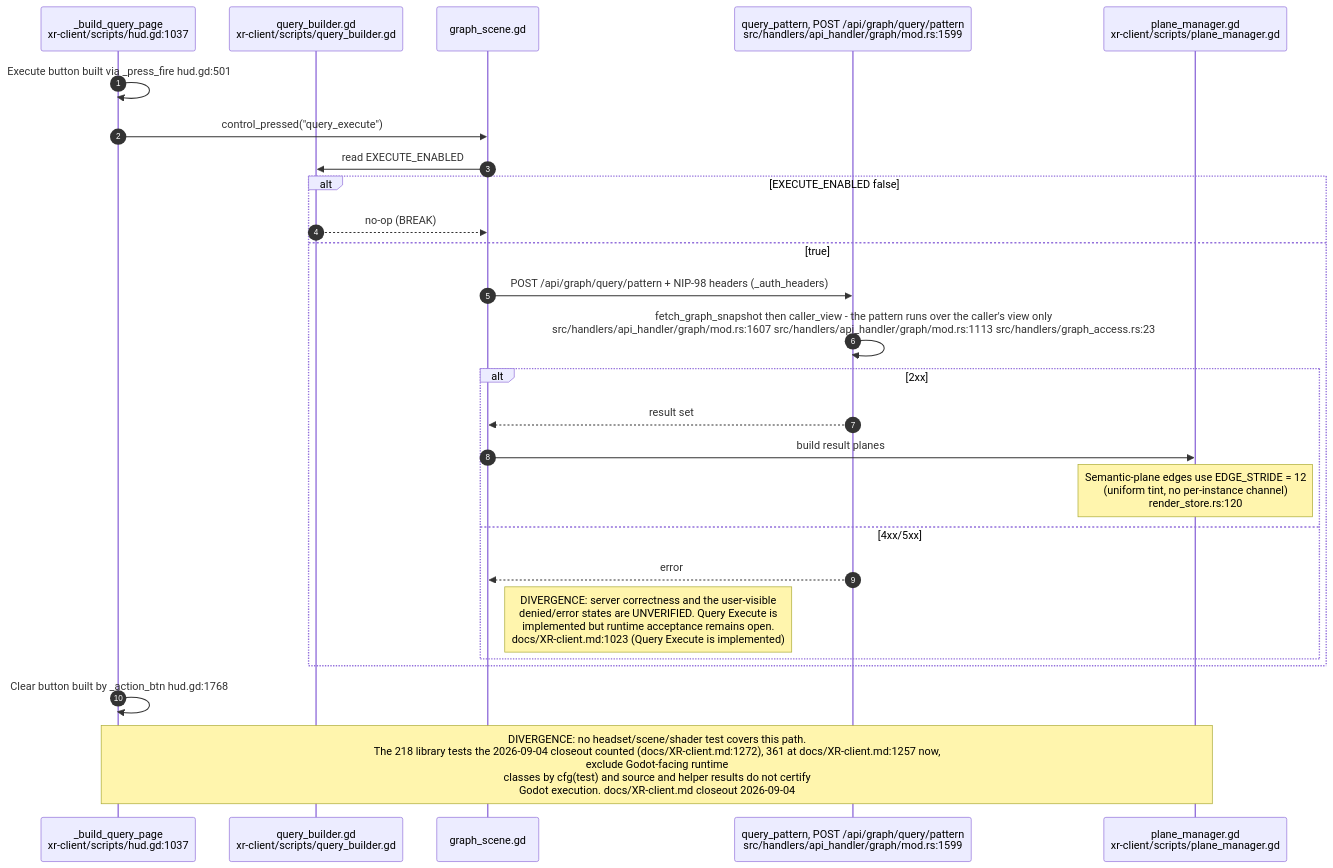
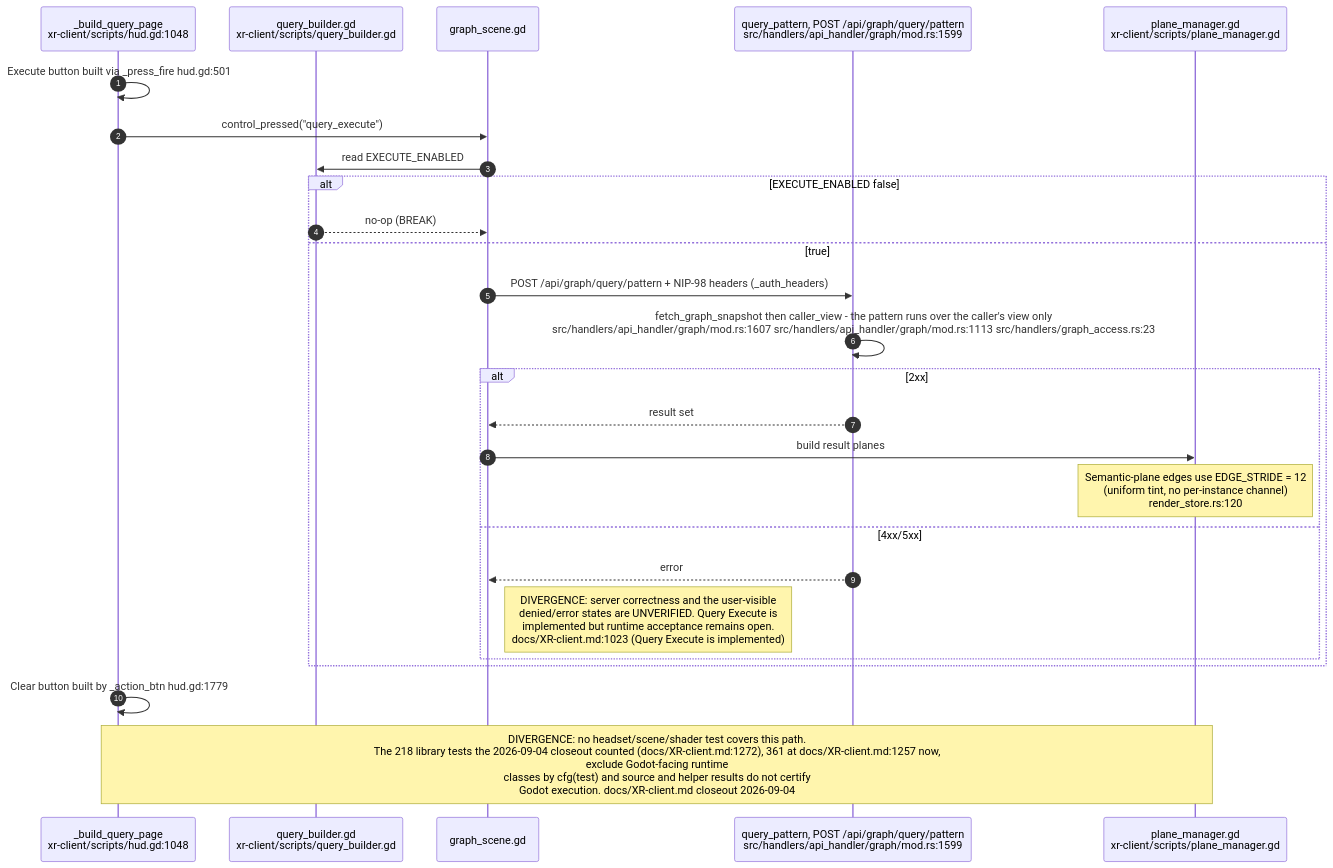
Diagram 17 of 30 in docs/diagrams/visionclaw/36-godot-xr-client.md (DreamLab-AI/VisionFlow), drawn with Mermaid before and after one commit. The commit also changed other lines of this file and 49 other files, not shown here.

First line of the commit message:
docs(diagrams): re-derive and re-stamp VisionClaw, estate, knowledge-graph, visionGraph, VisionFlow and sidestr topics

````diff
--- a/docs/diagrams/visionclaw/36-godot-xr-client.md
+++ b/docs/diagrams/visionclaw/36-godot-xr-client.md
@@ -945,29 +945,29 @@
 ```mermaid
 sequenceDiagram
     autonumber
-    participant HD as _build_query_page<br/>xr-client/scripts/hud.gd:1037
+    participant HD as _build_query_page<br/>xr-client/scripts/hud.gd:1048
     participant QB as query_builder.gd<br/>xr-client/scripts/query_builder.gd
     participant GS as graph_scene.gd
     participant SV as query_pattern, POST /api/graph/query/pattern<br/>src/handlers/api_handler/graph/mod.rs:1599
     participant PM as plane_manager.gd<br/>xr-client/scripts/plane_manager.gd
 
     HD->>HD: Execute button built via _press_fire hud.gd:501
     HD->>GS: control_pressed("query_execute")
     GS->>QB: read EXECUTE_ENABLED
     alt EXECUTE_ENABLED false
         QB-->>GS: no-op (BREAK)
     else true
         GS->>SV: POST /api/graph/query/pattern + NIP-98 headers (_auth_headers)
         SV->>SV: fetch_graph_snapshot then caller_view - the pattern runs over the caller's view only<br/>src/handlers/api_handler/graph/mod.rs:1607 src/handlers/api_handler/graph/mod.rs:1113 src/handlers/graph_access.rs:23
         alt 2xx
             SV-->>GS: result set
             GS->>PM: build result planes
             Note over PM: Semantic-plane edges use EDGE_STRIDE = 12<br/>(uniform tint, no per-instance channel)<br/>render_store.rs:120
         else 4xx/5xx
             SV-->>GS: error
             Note right of GS: DIVERGENCE: server correctness and the user-visible<br/>denied/error states are UNVERIFIED. Query Execute is<br/>implemented but runtime acceptance remains open.<br/>docs/XR-client.md:1023 (Query Execute is implemented)
         end
     end
-    HD->>HD: Clear button built by _action_btn hud.gd:1768
+    HD->>HD: Clear button built by _action_btn hud.gd:1779
     Note over HD,PM: DIVERGENCE: no headset/scene/shader test covers this path.<br/>The 218 library tests the 2026-09-04 closeout counted (docs/XR-client.md:1272), 361 at docs/XR-client.md:1257 now,<br/>exclude Godot-facing runtime<br/>classes by cfg(test) and source and helper results do not certify<br/>Godot execution. docs/XR-client.md closeout 2026-09-04
 ```
````
